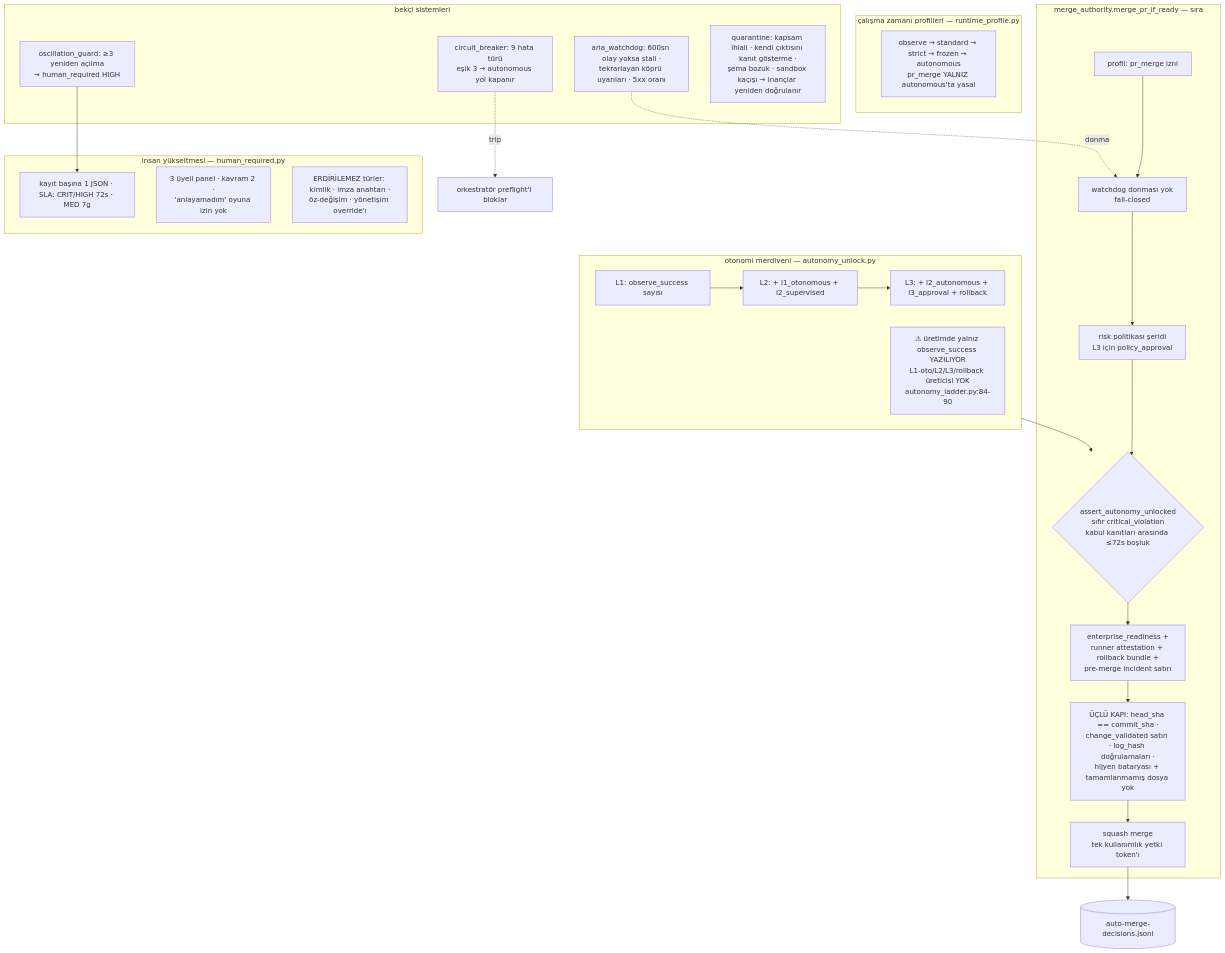
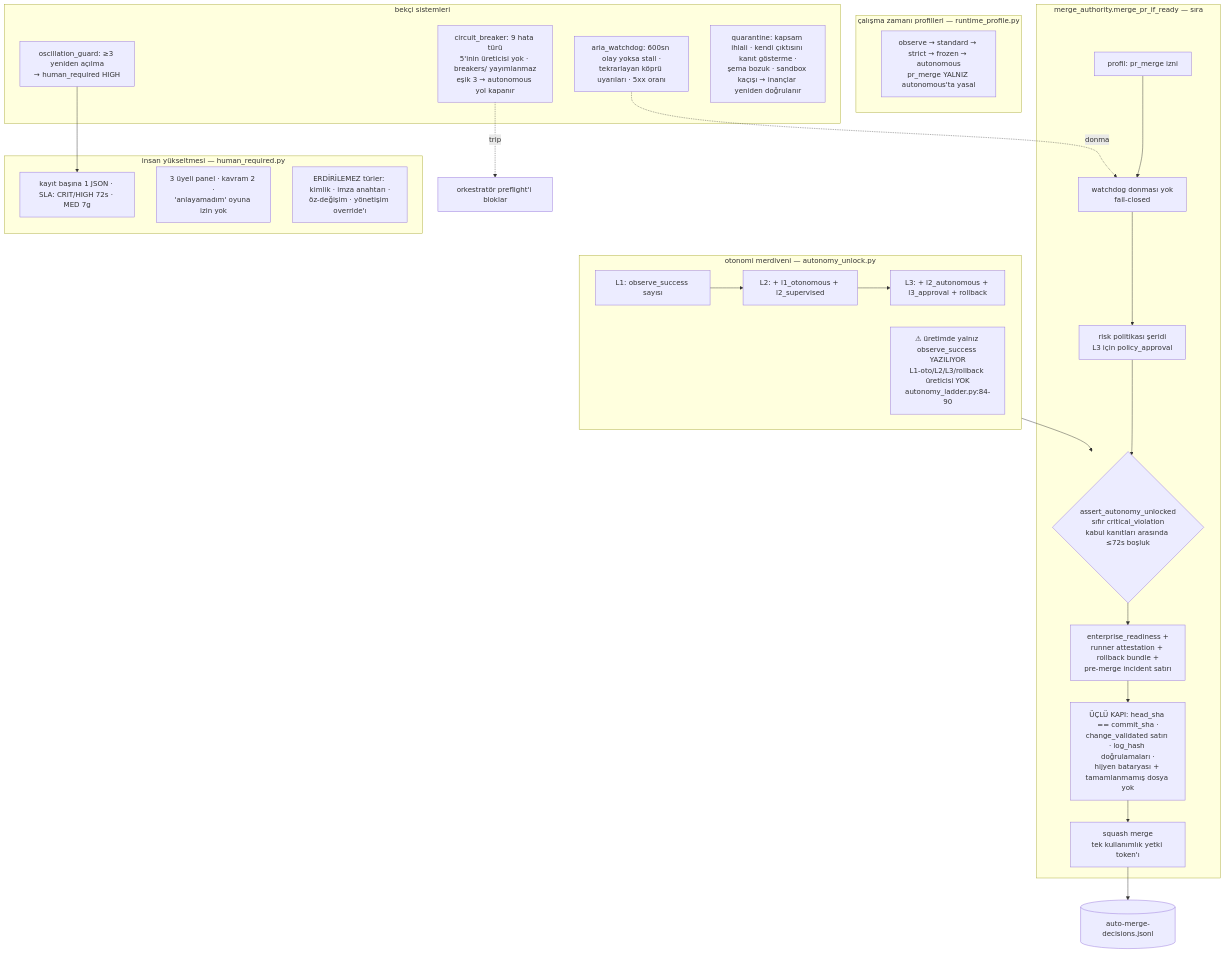
One commit to Okan-wqm/aquaculture_platform changed the seventh of 25 diagrams in ARIA-MIMARI-SEMALARI.md. Above: the diagram before and after it, drawn with Mermaid. The commit also changed other lines of this file and 14 other files, not shown here.

````diff
--- a/ARIA-MIMARI-SEMALARI.md
+++ b/ARIA-MIMARI-SEMALARI.md
@@ -279,35 +279,35 @@
 ```mermaid
 flowchart TD
     subgraph PROFILES[çalışma zamanı profilleri — runtime_profile.py]
         PRF[observe → standard → strict → frozen → autonomous<br/>pr_merge YALNIZ autonomous'ta yasal]
     end
     subgraph LADDER[otonomi merdiveni — autonomy_unlock.py]
         L1[L1: observe_success sayısı] --> L2[L2: + l1_otonomous + l2_supervised]
         L2 --> L3[L3: + l2_autonomous + l3_approval + rollback]
         LX[⚠ üretimde yalnız observe_success YAZILIYOR<br/>L1-oto/L2/L3/rollback üreticisi YOK<br/>autonomy_ladder.py:84-90]
     end
     LADDER --> GATE{assert_autonomy_unlocked<br/>sıfır critical_violation<br/>kabul kanıtları arasında ≤72s boşluk}
     subgraph MG[merge_authority.merge_pr_if_ready — sıra]
         M1[profil: pr_merge izni] --> M2[watchdog donması yok<br/>fail-closed]
         M2 --> M3[risk politikası şeridi<br/>L3 için policy_approval]
         M3 --> GATE
         GATE --> M4[enterprise_readiness +<br/>runner attestation + rollback bundle +<br/>pre-merge incident satırı]
         M4 --> M5[ÜÇLÜ KAPI: head_sha == commit_sha ·<br/>change_validated satırı · log_hash doğrulamaları ·<br/>hijyen bataryası + tamamlanmamış dosya yok]
         M5 --> M6[squash merge<br/>tek kullanımlık yetki token'ı]
     end
     M6 --> MD[(auto-merge-decisions.jsonl)]
     subgraph GUARDS[bekçi sistemleri]
         WD[aria_watchdog: 600sn olay yoksa stall ·<br/>tekrarlayan köprü uyarıları · 5xx oranı]
-        CB[circuit_breaker: 9 hata türü<br/>eşik 3 → autonomous yol kapanır]
+        CB[circuit_breaker: 9 hata türü<br/>5'inin üreticisi yok · breakers/ yayımlanmaz<br/>eşik 3 → autonomous yol kapanır]
         OG[oscillation_guard: ≥3 yeniden açılma<br/>→ human_required HIGH]
         QN[quarantine: kapsam ihlali · kendi çıktısını kanıt gösterme ·<br/>şema bozuk · sandbox kaçışı → inançlar yeniden doğrulanır]
     end
     WD -.donma.-> M2
     CB -.trip.-> ORK[orkestratör preflight'i bloklar]
     subgraph HUMAN[insan yükseltmesi — human_required.py]
         H1[kayıt başına 1 JSON · SLA: CRIT/HIGH 72s · MED 7g]
         H2[3 üyeli panel · kavram 2 ·<br/>'anlayamadım' oyuna izin yok]
         H3[ERDİRİLEMEZ türler: kimlik · imza anahtarı ·<br/>öz-değişim · yönetişim override'ı]
     end
     OG --> H1
 ```
````
